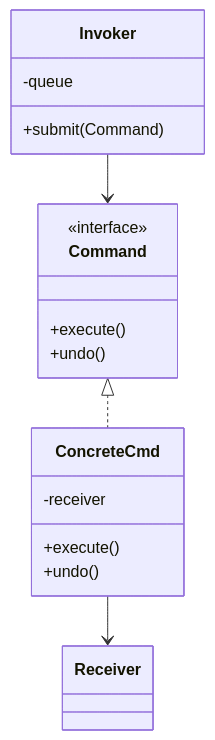
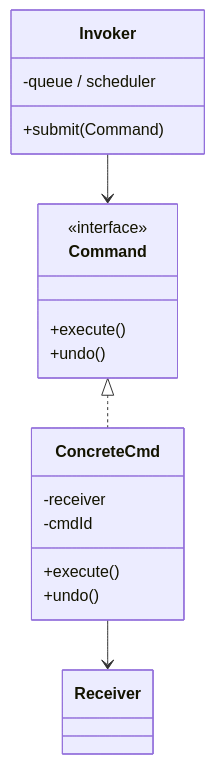
The third of 7 diagrams in docs/08.编程/03.巧学设计模式/18.命令模式设计思想.md (chongyang211/YCBookBlog), drawn with Mermaid before and after one commit. The commit also changed other lines of this file and 13 other files, not shown here.

````diff
--- a/docs/08.编程/03.巧学设计模式/18.命令模式设计思想.md
+++ b/docs/08.编程/03.巧学设计模式/18.命令模式设计思想.md
@@ -297,21 +345,22 @@
 ```mermaid
 classDiagram
     class Command {
         <<interface>>
         +execute()
         +undo()
     }
     class ConcreteCmd {
         -receiver
+        -cmdId
         +execute()
         +undo()
     }
     class Invoker {
-        -queue
+        -queue / scheduler
         +submit(Command)
     }
     class Receiver
     Command <|.. ConcreteCmd
     ConcreteCmd --> Receiver
     Invoker --> Command
 ```
````
